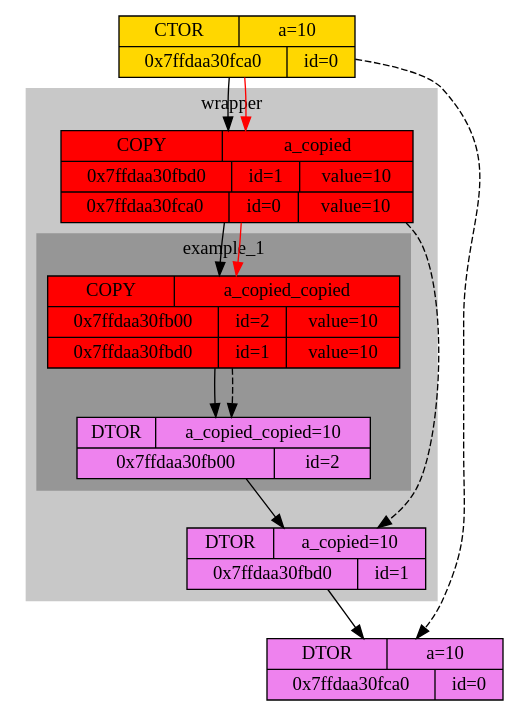
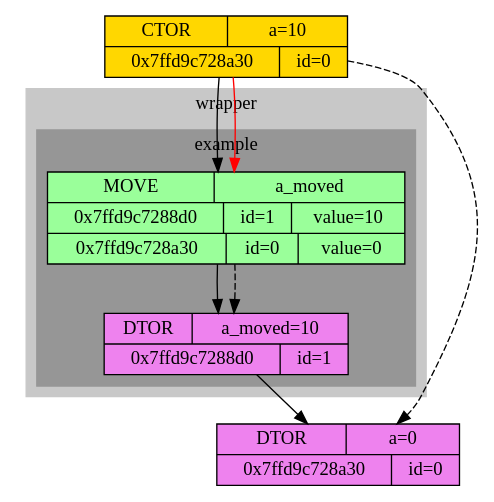
Before and after one commit to x-ENIAC/MIPT_projects_4_sem: the diagram in Move&forward_research/new.dot, drawn with Graphviz. The commit also changed 5 other files, not shown here.

```diff
--- a/Move&forward_research/new.dot
+++ b/Move&forward_research/new.dot
@@ -1,32 +1,26 @@
 digraph graphname {
-	node0CTOR [shape="record", style="filled", fillcolor="gold", label="{{CTOR | a=10}|{0x7ffdaa30fca0 | id=0}}"]
+	node0CTOR [shape="record", style="filled", fillcolor="gold", label="{{CTOR | a=10}|{0x7ffd9c728a30 | id=0}}"]
 
 subgraph "cluster_0" {
 	style=filled;
 	color="#c8c8c8";
-		node1COPY  [shape="record", style="filled", fillcolor="red" label="{{COPY | a_copied}|{0x7ffdaa30fbd0 | id=1 | value=10}|{0x7ffdaa30fca0 | id=0 | value=10}}"]
-
+	
 subgraph "cluster_1" {
 	style=filled;
 	color="#969696";
-		node2COPY  [shape="record", style="filled", fillcolor="red" label="{{COPY | a_copied_copied}|{0x7ffdaa30fb00 | id=2 | value=10}|{0x7ffdaa30fbd0 | id=1 | value=10}}"]
-	node2DTOR [shape="record", style="filled", fillcolor="violet", label="{{DTOR | a_copied_copied=10}|{0x7ffdaa30fb00 | id=2}}"]
-	label = "example_1" 
+		node1MOVE  [shape="record", style="filled", fillcolor="palegreen1" label="{{MOVE | a_moved}|{0x7ffd9c7288d0 | id=1 | value=10}|{0x7ffd9c728a30 | id=0 | value=0}}"]
+	node1DTOR [shape="record", style="filled", fillcolor="violet", label="{{DTOR | a_moved=10}|{0x7ffd9c7288d0 | id=1}}"]
+	label = "example" 
 }
 
-	node1DTOR [shape="record", style="filled", fillcolor="violet", label="{{DTOR | a_copied=10}|{0x7ffdaa30fbd0 | id=1}}"]
 	label = "wrapper" 
 }
 
-	node0DTOR [shape="record", style="filled", fillcolor="violet", label="{{DTOR | a=10}|{0x7ffdaa30fca0 | id=0}}"]
-	node0CTOR -> node1COPY
-	node0CTOR -> node1COPY [color="red"]
-	node1COPY -> node2COPY
-	node1COPY -> node2COPY [color="red"]
-	node2COPY -> node2DTOR
-	node2COPY -> node2DTOR [style="dashed"]
-	node2DTOR -> node1DTOR
-	node1COPY -> node1DTOR [style="dashed"]
+	node0DTOR [shape="record", style="filled", fillcolor="violet", label="{{DTOR | a=0}|{0x7ffd9c728a30 | id=0}}"]
+	node0CTOR -> node1MOVE
+	node0CTOR -> node1MOVE [color="red"]
+	node1MOVE -> node1DTOR
+	node1MOVE -> node1DTOR [style="dashed"]
 	node1DTOR -> node0DTOR
 	node0CTOR -> node0DTOR [style="dashed"]
 }
```
